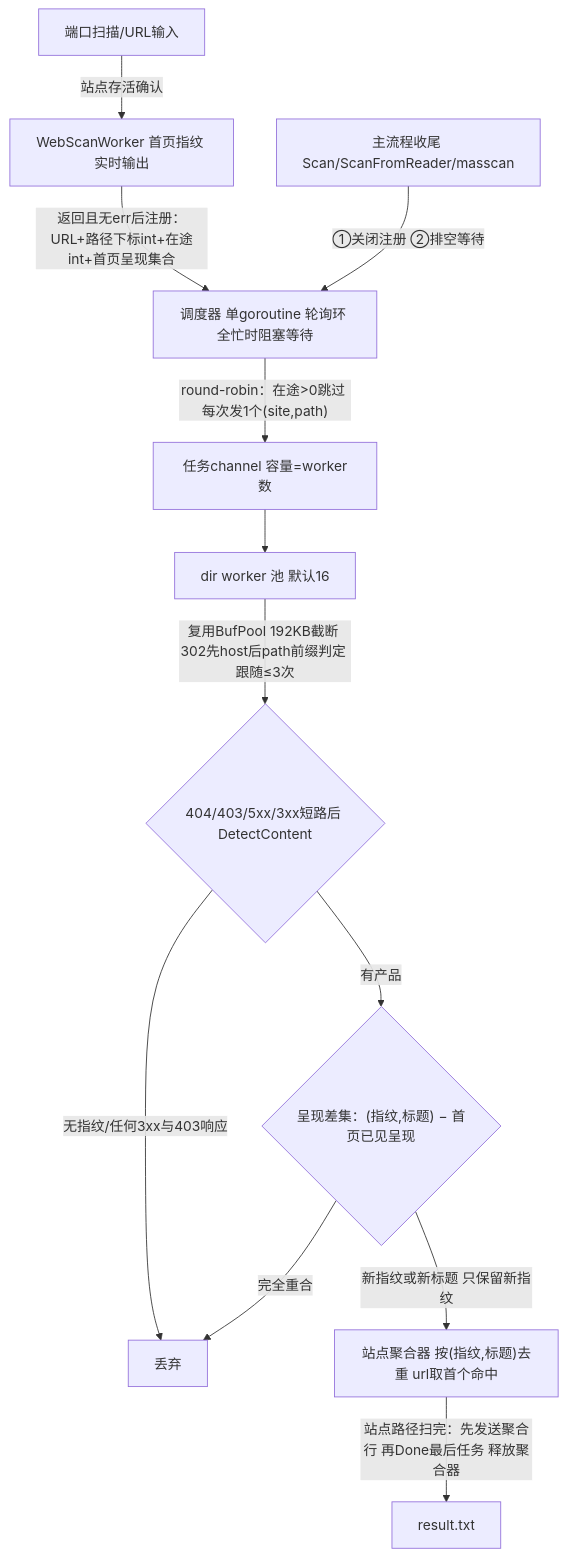
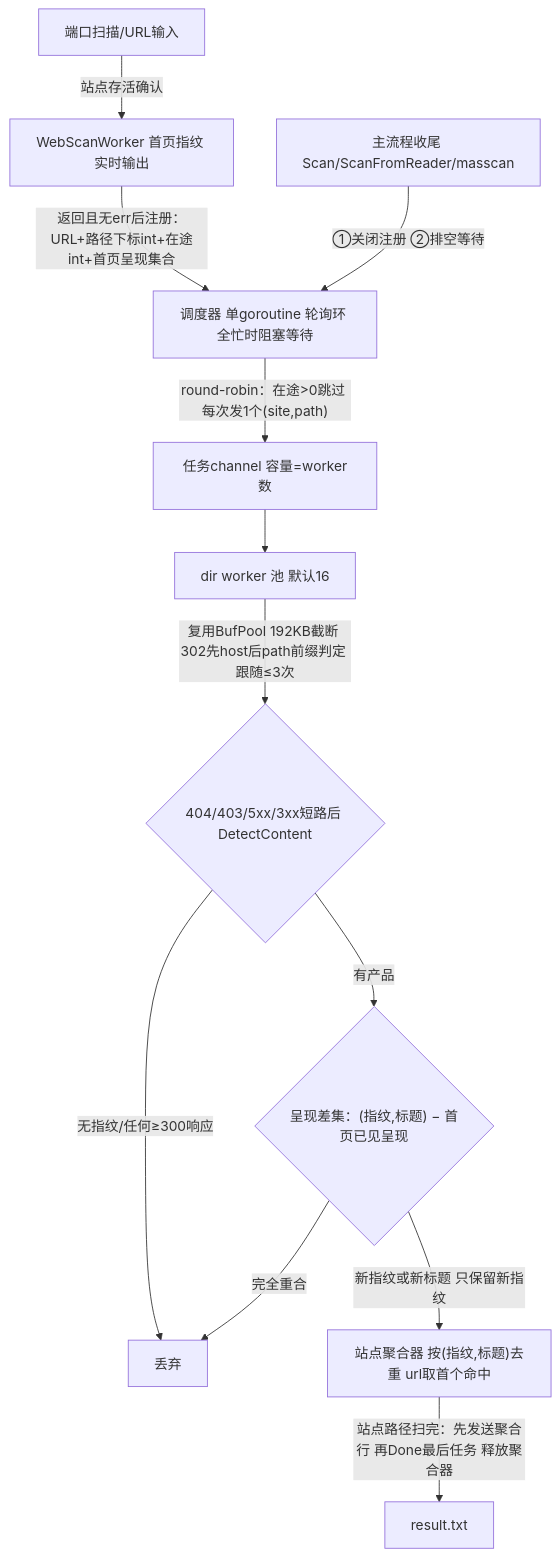
The diagram in docs/modules/04-目录扫描模块.md (LHXHL/fscanx), drawn with Mermaid before and after one commit. The commit also changed 4 other files, not shown here.

````diff
--- a/docs/modules/04-目录扫描模块.md
+++ b/docs/modules/04-目录扫描模块.md
@@ -19,14 +19,14 @@
 ```mermaid
 flowchart TB
     A["端口扫描/URL输入"] -->|"站点存活确认"| B["WebScanWorker 首页指纹 实时输出"]
     B -->|"返回且无err后注册：URL+路径下标int+在途int+首页呈现集合"| S["调度器 单goroutine 轮询环 全忙时阻塞等待"]
     S -->|"round-robin：在途>0跳过 每次发1个(site,path)"| Q["任务channel 容量=worker数"]
     Q --> W["dir worker 池 默认16"]
     W -->|"复用BufPool 192KB截断 302先host后path前缀判定 跟随≤3次"| F{"404/403/5xx/3xx短路后 DetectContent"}
-    F -->|"无指纹/任何3xx与403响应"| X["丢弃"]
+    F -->|"无指纹/任何≥300响应"| X["丢弃"]
     F -->|"有产品"| D{"呈现差集：(指纹,标题) − 首页已见呈现"}
     D -->|"完全重合"| X
     D -->|"新指纹或新标题 只保留新指纹"| AG["站点聚合器 按(指纹,标题)去重 url取首个命中"]
     AG -->|"站点路径扫完：先发送聚合行 再Done最后任务 释放聚合器"| R["result.txt"]
     M["主流程收尾 Scan/ScanFromReader/masscan"] -->|"①关闭注册 ②排空等待"| S
 ```
````
